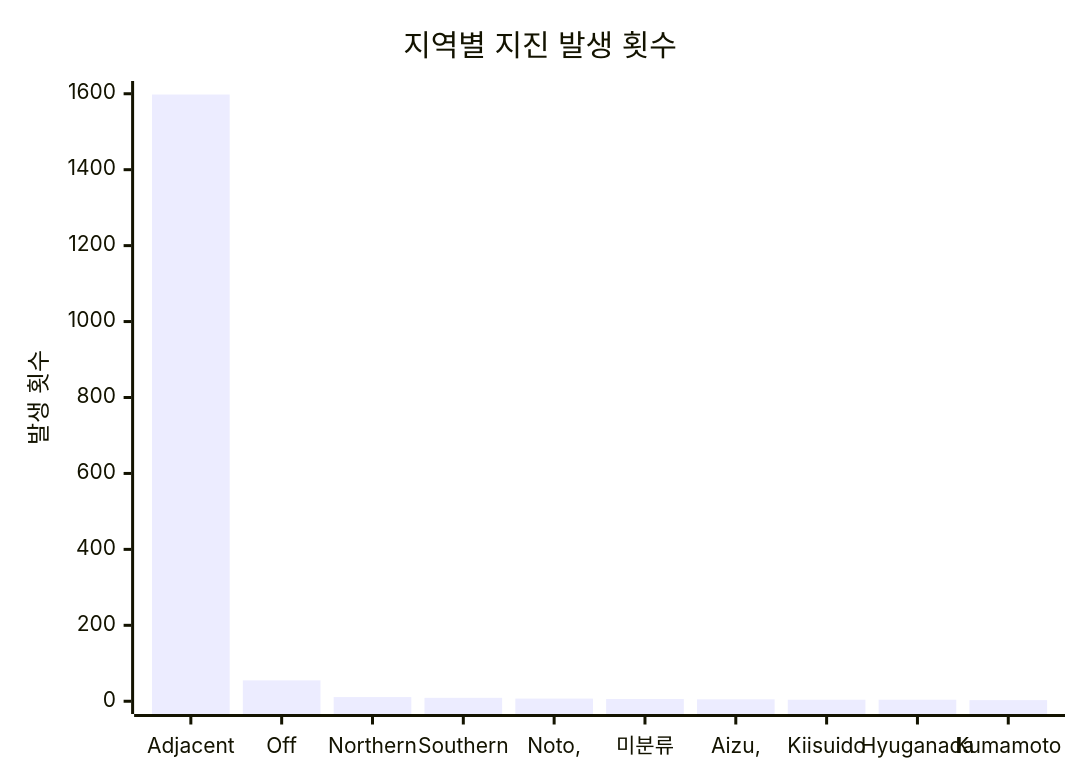
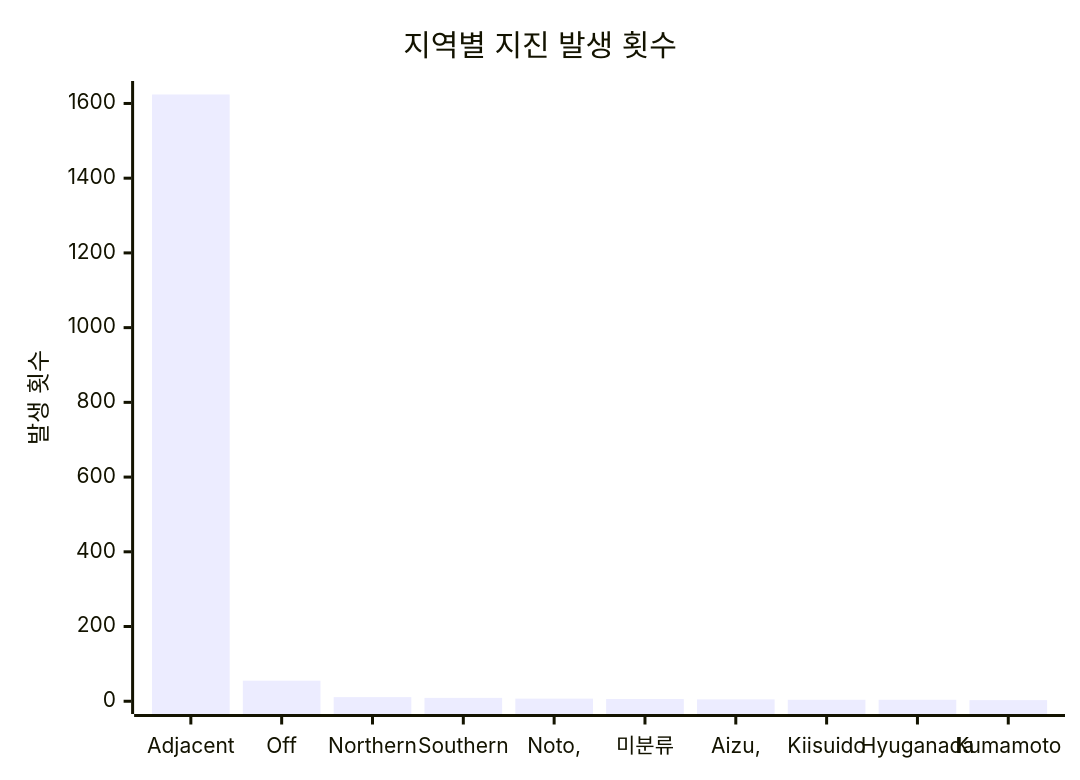
Before and after one commit to serendip811/japan-eq: the diagram in charts/region-chart.md, drawn with Mermaid. The commit also changed other lines of this file and 5 other files, not shown here.

Commit message:
Update earthquake data and charts Fri Jul 11 01:32:18 UTC 2025

````diff
--- a/charts/region-chart.md
+++ b/charts/region-chart.md
@@ -3,7 +3,7 @@
 ```mermaid
 xychart-beta
     title "지역별 지진 발생 횟수"
     x-axis ["Adjacent", "Off", "Northern", "Southern", "Noto,", "미분류", "Aizu,", "Kiisuido", "Hyuganada", "Kumamoto"]
-    y-axis "발생 횟수" 0 --> 1600
-    bar [1598, 55, 11, 9, 7, 6, 5, 4, 4, 3]
+    y-axis "발생 횟수" 0 --> 1626
+    bar [1624, 55, 11, 9, 7, 6, 5, 4, 4, 3]
 ```
````
